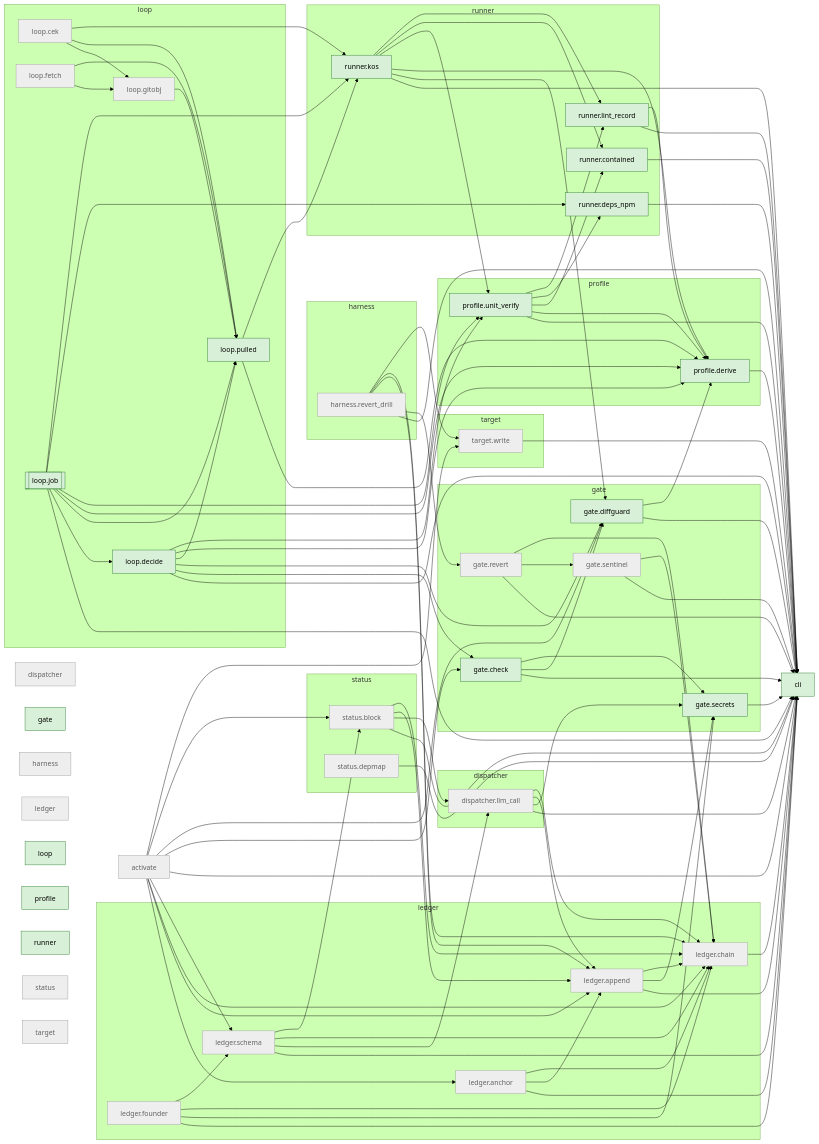
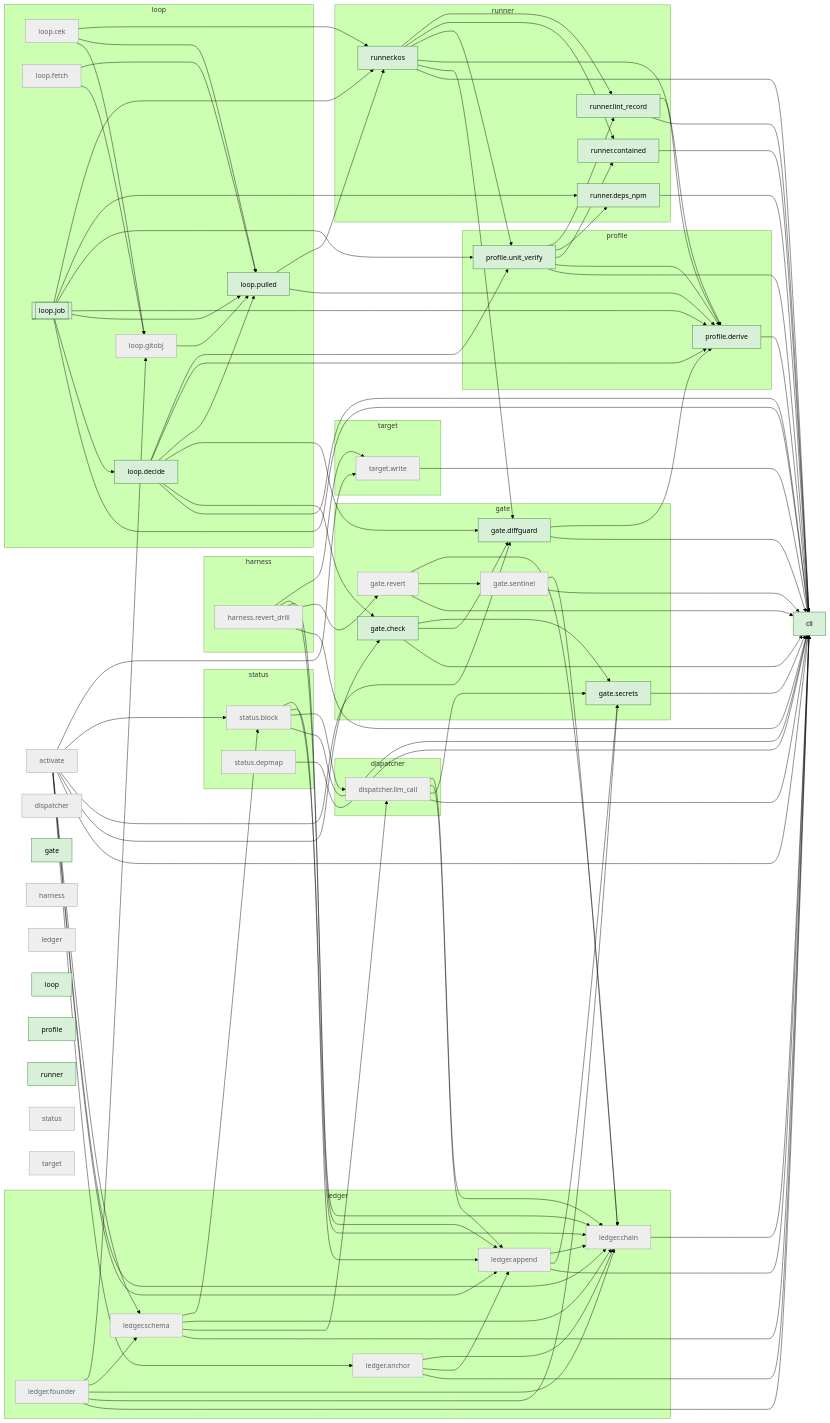
One commit to Okan-wqm/snowball-rehearsal-brain changed the diagram in docs/map/brain.md. Above: the diagram before and after it, drawn with Mermaid (forest theme). The commit also changed other lines of this file and 10 other files, not shown here.

```diff
--- a/docs/map/brain.md
+++ b/docs/map/brain.md
@@ -108,6 +108,7 @@
   n16 --> n8
   n16 --> n15
   n16 --> n17
+  n16 --> n22
   n17 --> n1
   n17 --> n3
   n17 --> n15
```
